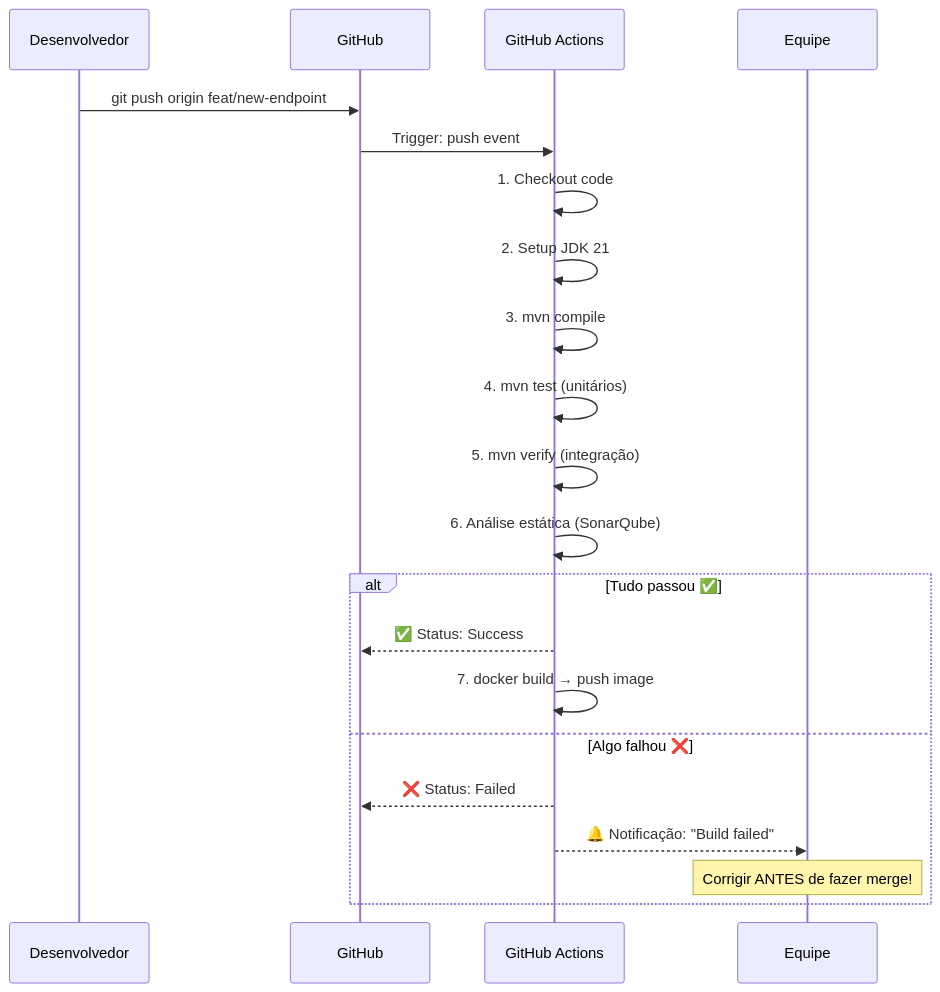
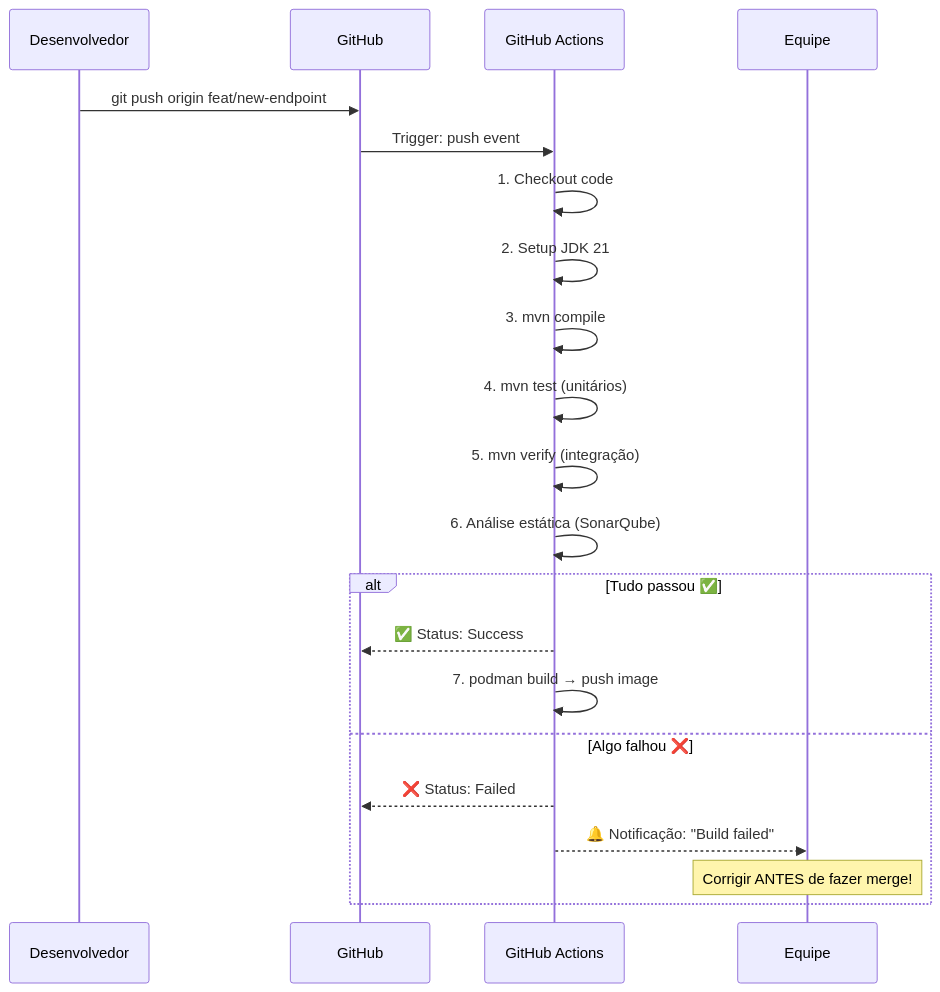
One commit to deusemarjunior/trein-java-intermed changed the second of 5 diagrams in dia-07/slide-09.md. Above: the diagram before and after it, drawn with Mermaid. The commit also changed other lines of this file and 100 other files, not shown here.

Commit message:
removendo docker adicionando podman

````diff
--- a/dia-07/slide-09.md
+++ b/dia-07/slide-09.md
@@ -35,26 +35,26 @@
 ```mermaid
 sequenceDiagram
     participant DEV as Desenvolvedor
     participant GIT as GitHub
     participant CI as GitHub Actions
     participant TEAM as Equipe
 
     DEV->>GIT: git push origin feat/new-endpoint
     GIT->>CI: Trigger: push event
 
     CI->>CI: 1. Checkout code
     CI->>CI: 2. Setup JDK 21
     CI->>CI: 3. mvn compile
     CI->>CI: 4. mvn test (unitários)
     CI->>CI: 5. mvn verify (integração)
     CI->>CI: 6. Análise estática (SonarQube)
 
     alt Tudo passou ✅
         CI-->>GIT: ✅ Status: Success
-        CI->>CI: 7. docker build → push image
+        CI->>CI: 7. podman build → push image
     else Algo falhou ❌
         CI-->>GIT: ❌ Status: Failed
         CI-->>TEAM: 🔔 Notificação: "Build failed"
         Note over TEAM: Corrigir ANTES de fazer merge!
     end
 ```
````
